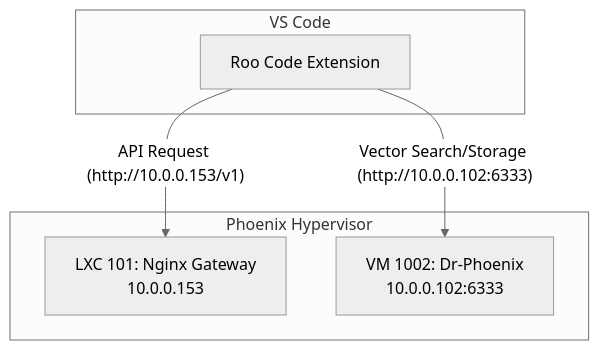
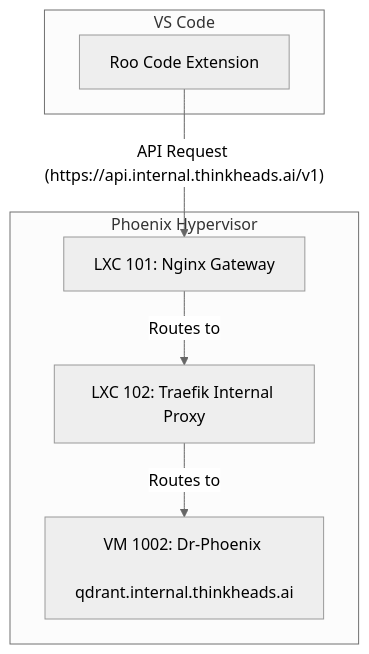
Before and after one commit to SirHeads/Testing-ideas: the diagram in Thinkheads.AI_docs/03_phoenix_hypervisor_implementation/00_guides/04_roo_code_integration_guide.md, drawn with Mermaid (neutral theme). The commit also changed other lines of this file and 17 other files, not shown here.

````diff
--- a/Thinkheads.AI_docs/03_phoenix_hypervisor_implementation/00_guides/04_roo_code_integration_guide.md
+++ b/Thinkheads.AI_docs/03_phoenix_hypervisor_implementation/00_guides/04_roo_code_integration_guide.md
@@ -32,14 +33,16 @@
 ```mermaid
 graph TD
     subgraph "VS Code"
         A[Roo Code Extension]
     end
 
     subgraph "Phoenix Hypervisor"
-        C[LXC 101: Nginx Gateway <br> 10.0.0.153]
-        D["VM 1002: Dr-Phoenix <br> 10.0.0.102:6333"]
+        B[LXC 101: Nginx Gateway]
+        C[LXC 102: Traefik Internal Proxy]
+        D["VM 1002: Dr-Phoenix <br> qdrant.internal.thinkheads.ai"]
     end
 
-    A -- "API Request (http://10.0.0.153/v1)" --> C
-    A -- "Vector Search/Storage (http://10.0.0.102:6333)" --> D
+    A -- "API Request (https://api.internal.thinkheads.ai/v1)" --> B
+    B -- Routes to --> C
+    C -- Routes to --> D
 ```
````
